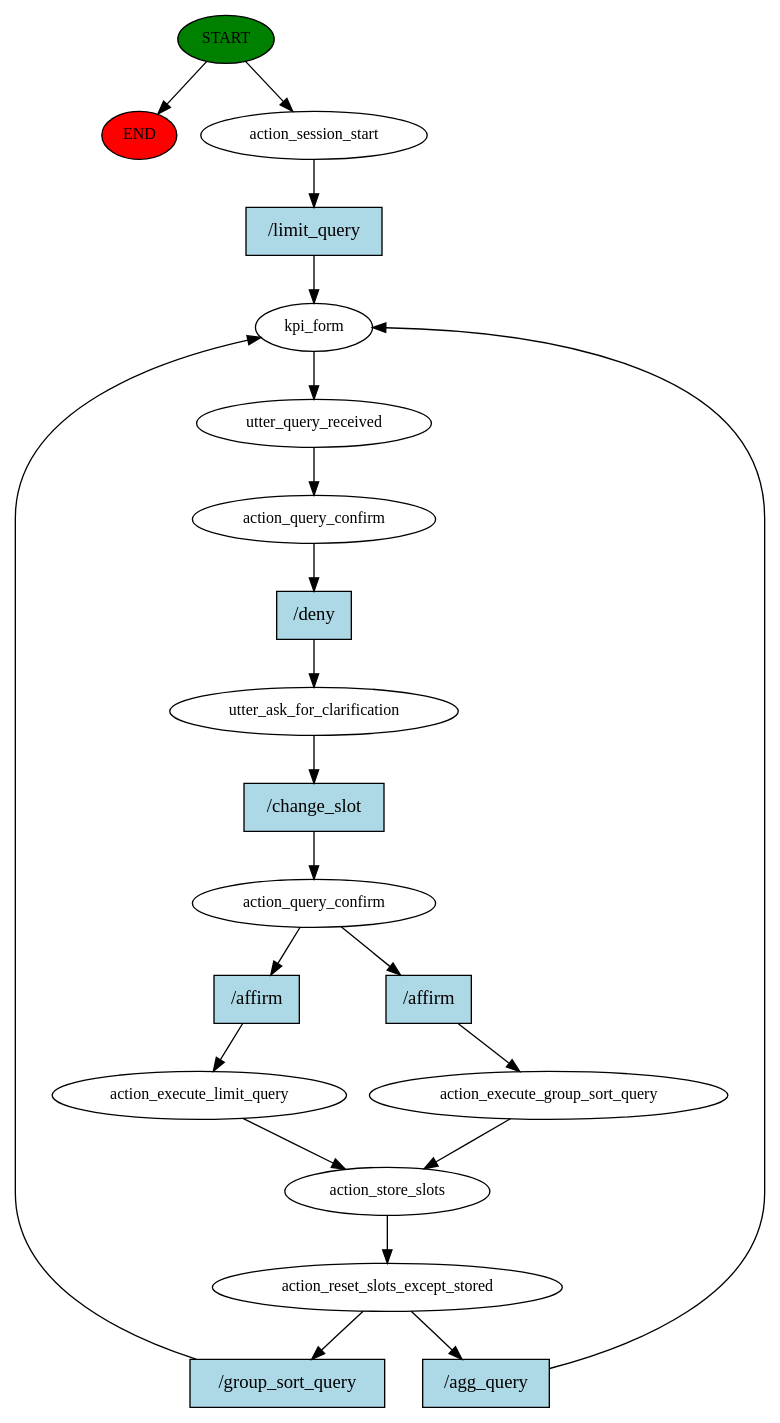
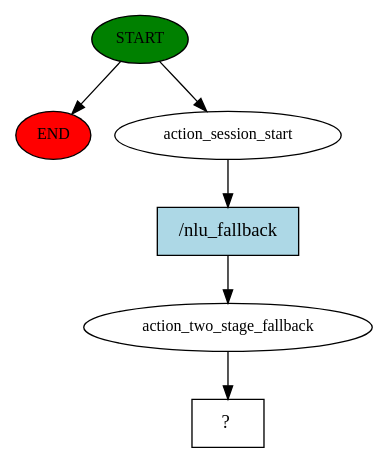
The diagram in story_graph.dot (yuqiong11/kpichat), drawn with Graphviz before and after one commit. The commit also changed 19 other files, not shown here.

```diff
--- a/story_graph.dot
+++ b/story_graph.dot
@@ -1,42 +1,13 @@
 digraph  {
 0 [class="start active", fillcolor=green, fontsize=12, label=START, style=filled];
 "-1" [class=end, fillcolor=red, fontsize=12, label=END, style=filled];
 1 [class=active, fontsize=12, label=action_session_start];
-2 [class=active, fontsize=12, label=kpi_form];
-3 [class=active, fontsize=12, label=utter_query_received];
-4 [class=active, fontsize=12, label=action_query_confirm];
-5 [class=active, fontsize=12, label=utter_ask_for_clarification];
-6 [class=active, fontsize=12, label=action_query_confirm];
-7 [class=active, fontsize=12, label=action_execute_limit_query];
-8 [class=active, fontsize=12, label=action_store_slots];
-9 [class=active, fontsize=12, label=action_reset_slots_except_stored];
-15 [class="active dashed", fontsize=12, label=action_execute_group_sort_query];
-24 [class="intent active", fillcolor=lightblue, label="/limit_query", shape=rect, style=filled];
-25 [class="intent active", fillcolor=lightblue, label="/deny", shape=rect, style=filled];
-26 [class="intent active", fillcolor=lightblue, label="/change_slot", shape=rect, style=filled];
-27 [class="intent active", fillcolor=lightblue, label="/affirm", shape=rect, style=filled];
-28 [class="intent active", fillcolor=lightblue, label="/affirm", shape=rect, style=filled];
-29 [class="intent active", fillcolor=lightblue, label="/group_sort_query", shape=rect, style=filled];
-30 [class="intent active", fillcolor=lightblue, label="/agg_query", shape=rect, style=filled];
+2 [class=active, fontsize=12, label=action_two_stage_fallback];
+3 [class="intent dashed active", label="  ?  ", shape=rect];
+4 [class="intent active", fillcolor=lightblue, label="/nlu_fallback", shape=rect, style=filled];
 0 -> "-1"  [class="", key=NONE, label=""];
 0 -> 1  [class=active, key=NONE, label=""];
-1 -> 24  [class=active, key=0];
+1 -> 4  [class=active, key=0];
 2 -> 3  [class=active, key=NONE, label=""];
-3 -> 4  [class=active, key=NONE, label=""];
-4 -> 25  [class=active, key=0];
-5 -> 26  [class=active, key=0];
-6 -> 27  [class=active, key=0];
-6 -> 28  [class=active, key=0];
-7 -> 8  [class=active, key=NONE, label=""];
-8 -> 9  [class=active, key=NONE, label=""];
-9 -> 29  [class=active, key=0];
-9 -> 30  [class=active, key=0];
-15 -> 8  [class=active, key=NONE, label=""];
-24 -> 2  [class=active, key=0];
-25 -> 5  [class=active, key=0];
-26 -> 6  [class=active, key=0];
-27 -> 7  [class=active, key=0];
-28 -> 15  [class=active, key=0];
-29 -> 2  [class=active, key=0];
-30 -> 2  [class=active, key=0];
+4 -> 2  [class=active, key=0];
 }
```
